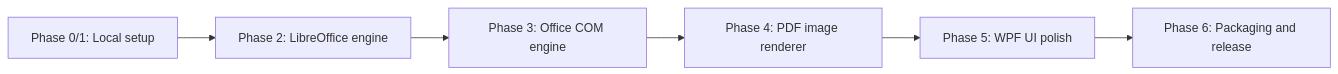
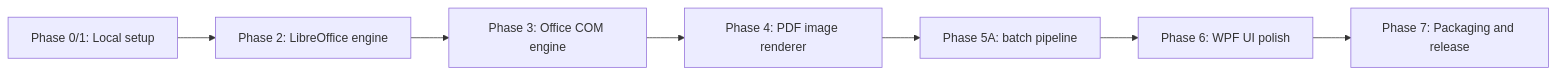
The ninth of 9 diagrams in docs/ARCHITECTURE.md (KiritoMainBro88/snappy-docs-convert), drawn with Mermaid before and after one commit. The commit also changed other lines of this file and 23 other files, not shown here.

Commit message:
feat: add batch conversion pipeline

````diff
--- a/docs/ARCHITECTURE.md
+++ b/docs/ARCHITECTURE.md
@@ -119,8 +141,9 @@
 ```mermaid
 flowchart LR
   P01["Phase 0/1: Local setup"] --> P02["Phase 2: LibreOffice engine"]
   P02 --> P03["Phase 3: Office COM engine"]
   P03 --> P04["Phase 4: PDF image renderer"]
-  P04 --> P05["Phase 5: WPF UI polish"]
-  P05 --> P06["Phase 6: Packaging and release"]
+  P04 --> P05A["Phase 5A: batch pipeline"]
+  P05A --> P05["Phase 6: WPF UI polish"]
+  P05 --> P06["Phase 7: Packaging and release"]
 ```
````
